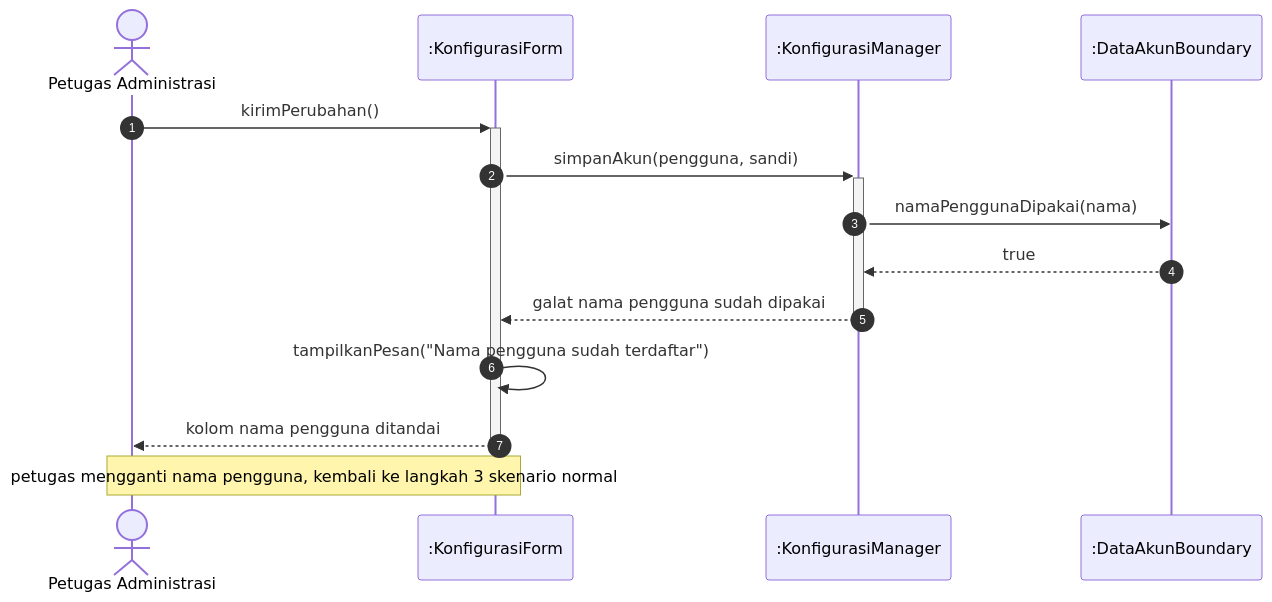
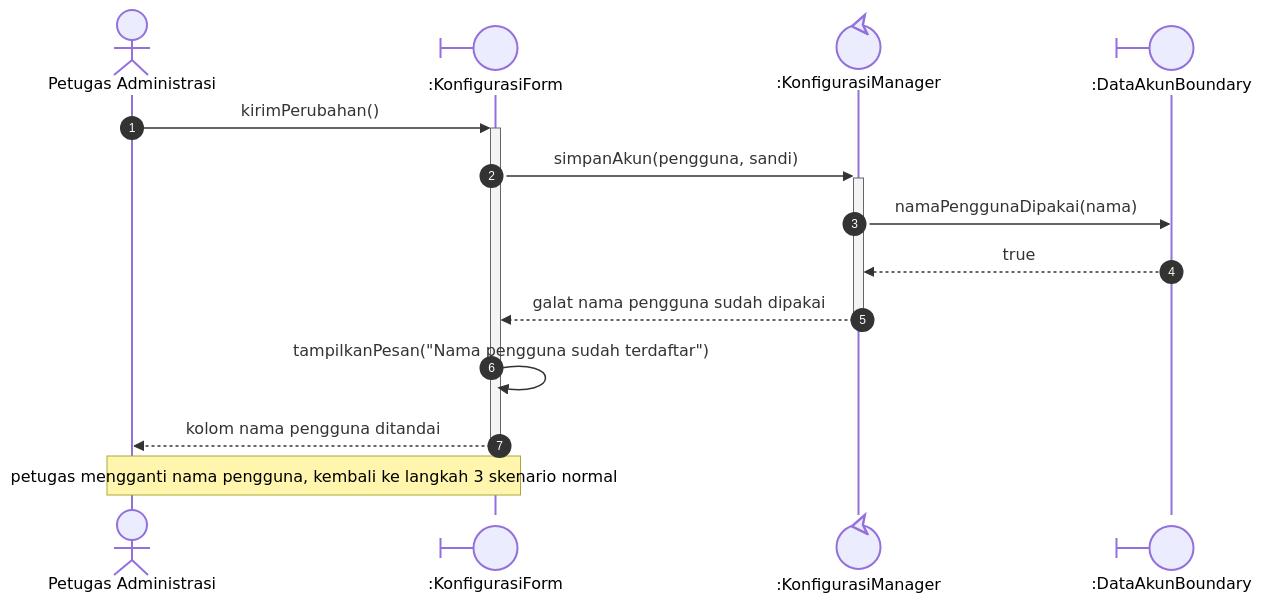
Before and after one commit to angseleong/IF2150-RPL-K02-G09: the diagram in docs/M7/assets/diagram/src/sequence-uc12-alt2.mmd, drawn with Mermaid. The commit also changed 54 other files, not shown here.

Commit message:
docs(m7): gambar ulang sequence UC07-UC12 dengan notasi BCE dan pangkas diagram kelas

```diff
--- a/docs/M7/assets/diagram/src/sequence-uc12-alt2.mmd
+++ b/docs/M7/assets/diagram/src/sequence-uc12-alt2.mmd
@@ -1,14 +1,14 @@
 sequenceDiagram
   autonumber
   actor A as Petugas Administrasi
-  participant KonfigurasiForm as :KonfigurasiForm
-  participant KonfigurasiManager as :KonfigurasiManager
-  participant DataAkunBoundary as :DataAkunBoundary
+  participant KonfigurasiForm@{ "type": "boundary" } as :KonfigurasiForm
+  participant KonfigurasiManager@{ "type": "control" } as :KonfigurasiManager
+  participant DataAkunBoundary@{ "type": "boundary" } as :DataAkunBoundary
   A->>+KonfigurasiForm: kirimPerubahan()
   KonfigurasiForm->>+KonfigurasiManager: simpanAkun(pengguna, sandi)
   KonfigurasiManager->>DataAkunBoundary: namaPenggunaDipakai(nama)
   DataAkunBoundary-->>KonfigurasiManager: true
   KonfigurasiManager-->>-KonfigurasiForm: galat nama pengguna sudah dipakai
   KonfigurasiForm->>KonfigurasiForm: tampilkanPesan("Nama pengguna sudah terdaftar")
   KonfigurasiForm-->>-A: kolom nama pengguna ditandai
   Note over A,KonfigurasiForm: petugas mengganti nama pengguna, kembali ke langkah 3 skenario normal
```
